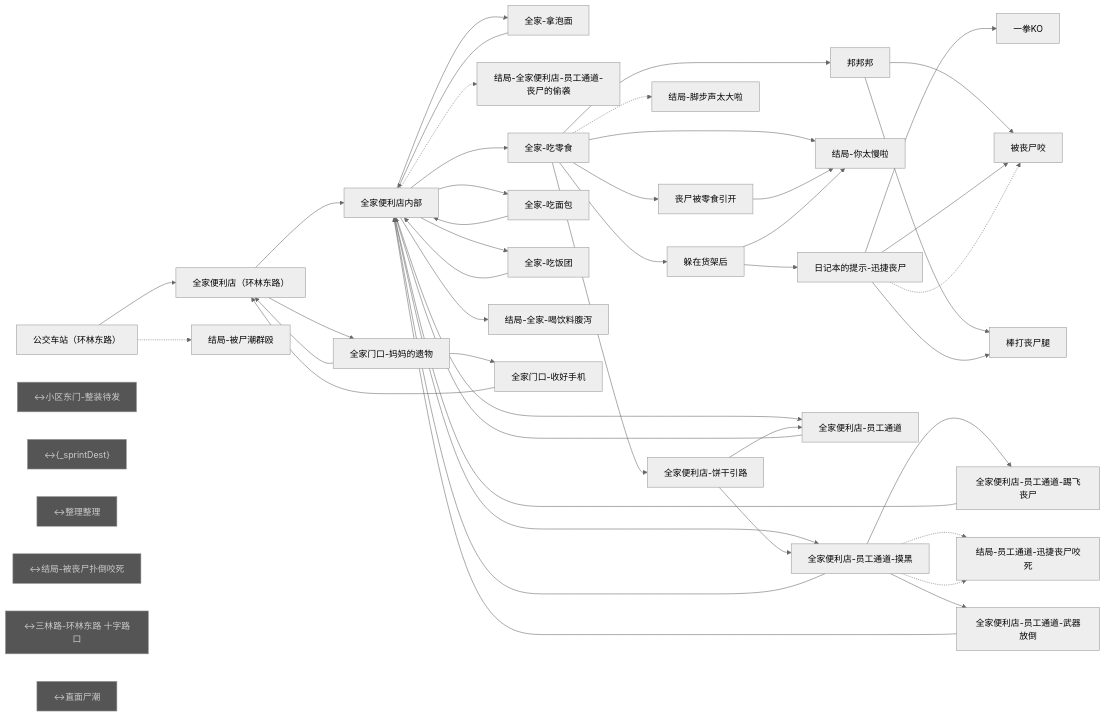
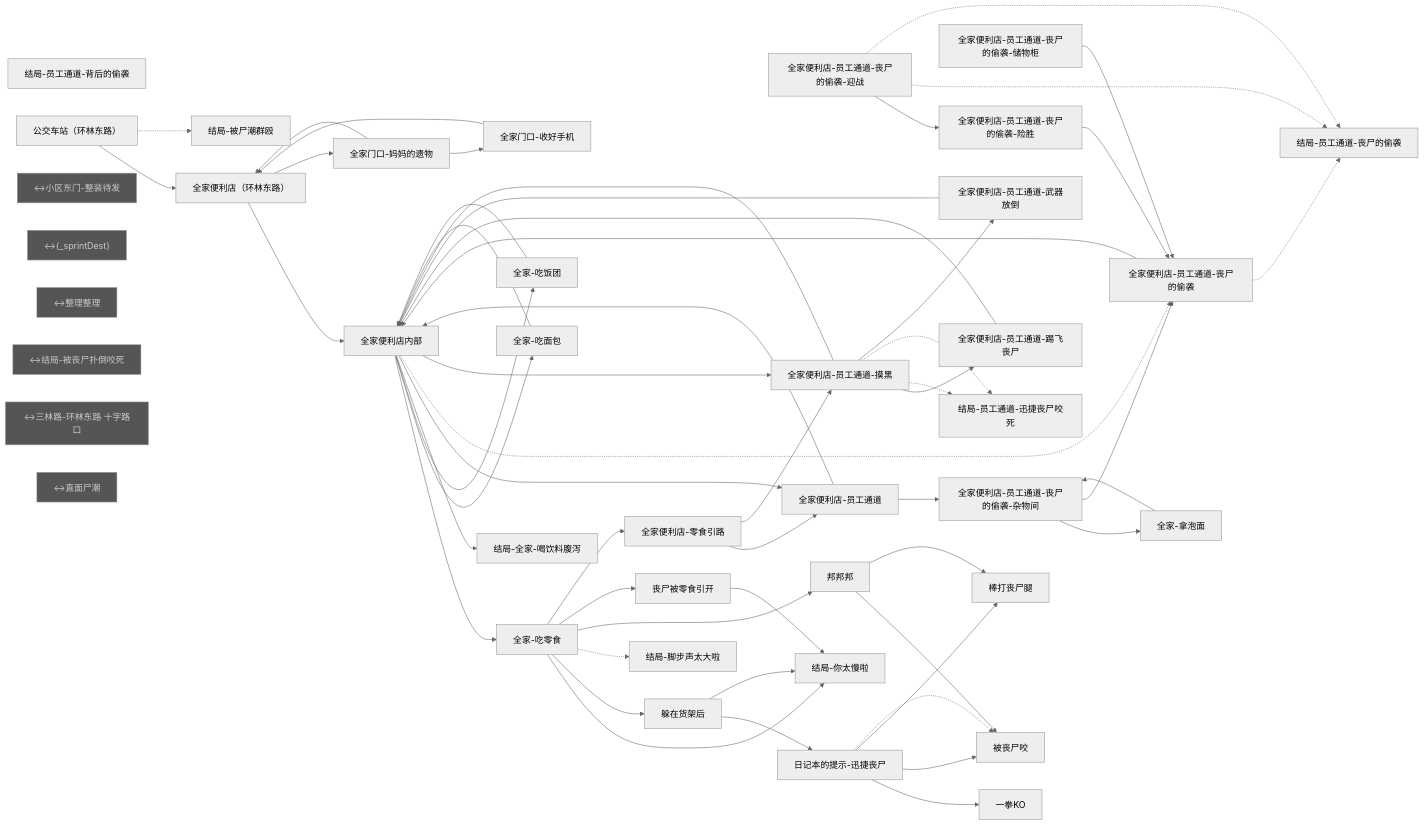
One commit to bobomymz/Plot-Game changed the diagram in tools/graph-report/东明街道_全家和公交站.js.mmd. Above: the diagram before and after it, drawn with Mermaid (neutral theme). The commit also changed 78 other files, not shown here.

```diff
--- a/tools/graph-report/东明街道_全家和公交站.js.mmd
+++ b/tools/graph-report/东明街道_全家和公交站.js.mmd
@@ -1,78 +1,93 @@
 flowchart LR
   n0["全家便利店（环林东路）"]
   n1["全家便利店内部"]
   n2["全家-拿泡面"]
-  n3["结局-全家便利店-员工通道-丧尸的偷袭"]
-  n4["全家-吃零食"]
-  n5["邦邦邦"]
-  n6["被丧尸咬"]
-  n7["丧尸被零食引开"]
-  n8["结局-你太慢啦"]
-  n9["结局-脚步声太大啦"]
-  n10["躲在货架后"]
-  n11["日记本的提示-迅捷丧尸"]
-  n12["一拳KO"]
-  n13["棒打丧尸腿"]
-  n14["全家-吃面包"]
-  n15["全家-吃饭团"]
-  n16["结局-全家-喝饮料腹泻"]
-  n17["公交车站（环林东路）"]
-  n18["结局-被尸潮群殴"]
-  n19["全家便利店-饼干引路"]
-  n20["全家便利店-员工通道"]
-  n21["全家便利店-员工通道-摸黑"]
-  n22["全家便利店-员工通道-武器放倒"]
-  n23["全家便利店-员工通道-踢飞丧尸"]
-  n24["结局-员工通道-迅捷丧尸咬死"]
-  n25["全家门口-妈妈的遗物"]
-  n26["全家门口-收好手机"]
-  n27["↔小区东门-整装待发"]:::ext
-  n28["↔{_sprintDest}"]:::ext
-  n29["↔整理整理"]:::ext
-  n30["↔结局-被丧尸扑倒咬死"]:::ext
-  n31["↔三林路-环林东路 十字路口"]:::ext
-  n32["↔直面尸潮"]:::ext
+  n3["全家便利店-员工通道-丧尸的偷袭"]
+  n4["全家便利店-员工通道-丧尸的偷袭-迎战"]
+  n5["全家便利店-员工通道-丧尸的偷袭-险胜"]
+  n6["全家便利店-员工通道-丧尸的偷袭-储物柜"]
+  n7["全家便利店-员工通道-丧尸的偷袭-杂物间"]
+  n8["结局-员工通道-丧尸的偷袭"]
+  n9["结局-员工通道-背后的偷袭"]
+  n10["全家-吃零食"]
+  n11["邦邦邦"]
+  n12["被丧尸咬"]
+  n13["丧尸被零食引开"]
+  n14["结局-你太慢啦"]
+  n15["结局-脚步声太大啦"]
+  n16["躲在货架后"]
+  n17["日记本的提示-迅捷丧尸"]
+  n18["一拳KO"]
+  n19["棒打丧尸腿"]
+  n20["全家-吃面包"]
+  n21["全家-吃饭团"]
+  n22["结局-全家-喝饮料腹泻"]
+  n23["公交车站（环林东路）"]
+  n24["结局-被尸潮群殴"]
+  n25["全家便利店-零食引路"]
+  n26["全家便利店-员工通道"]
+  n27["全家便利店-员工通道-摸黑"]
+  n28["全家便利店-员工通道-武器放倒"]
+  n29["全家便利店-员工通道-踢飞丧尸"]
+  n30["结局-员工通道-迅捷丧尸咬死"]
+  n31["全家门口-妈妈的遗物"]
+  n32["全家门口-收好手机"]
+  n33["↔小区东门-整装待发"]:::ext
+  n34["↔{_sprintDest}"]:::ext
+  n35["↔整理整理"]:::ext
+  n36["↔结局-被丧尸扑倒咬死"]:::ext
+  n37["↔三林路-环林东路 十字路口"]:::ext
+  n38["↔直面尸潮"]:::ext
   n0 --> n1
-  n0 --> n25
-  n1 --> n4
-  n1 --> n14
-  n1 --> n15
-  n1 --> n16
+  n0 --> n31
+  n1 --> n10
   n1 --> n20
+  n1 --> n21
+  n1 --> n22
+  n1 --> n26
   n1 -.-> n3
-  n1 --> n21
-  n1 --> n2
-  n2 --> n1
-  n4 --> n8
-  n4 --> n10
-  n4 -.-> n9
+  n1 --> n27
+  n2 --> n7
+  n3 --> n1
+  n3 -.-> n8
   n4 --> n5
-  n4 --> n7
-  n4 --> n19
-  n5 --> n6
-  n5 --> n13
-  n7 --> n8
+  n4 -.-> n8
+  n4 -.-> n8
+  n5 --> n3
+  n6 --> n3
+  n7 --> n2
+  n7 --> n3
+  n10 --> n14
+  n10 --> n16
+  n10 -.-> n15
   n10 --> n11
-  n10 --> n8
+  n10 --> n13
+  n10 --> n25
   n11 --> n12
-  n11 --> n6
-  n11 --> n13
-  n11 -.-> n6
-  n14 --> n1
-  n15 --> n1
-  n17 --> n0
-  n17 -.-> n18
-  n19 --> n20
-  n19 --> n21
+  n11 --> n19
+  n13 --> n14
+  n16 --> n17
+  n16 --> n14
+  n17 --> n18
+  n17 --> n12
+  n17 --> n19
+  n17 -.-> n12
   n20 --> n1
-  n21 --> n23
-  n21 -.-> n24
-  n21 -.-> n24
-  n21 --> n22
   n21 --> n1
-  n22 --> n1
-  n23 --> n1
+  n23 --> n0
+  n23 -.-> n24
   n25 --> n26
-  n25 --> n0
-  n26 --> n0
+  n25 --> n27
+  n26 --> n1
+  n26 --> n7
+  n27 --> n29
+  n27 -.-> n30
+  n27 -.-> n30
+  n27 --> n28
+  n27 --> n1
+  n28 --> n1
+  n29 --> n1
+  n31 --> n32
+  n31 --> n0
+  n32 --> n0
   classDef ext fill:#555,color:#ccc;
```
